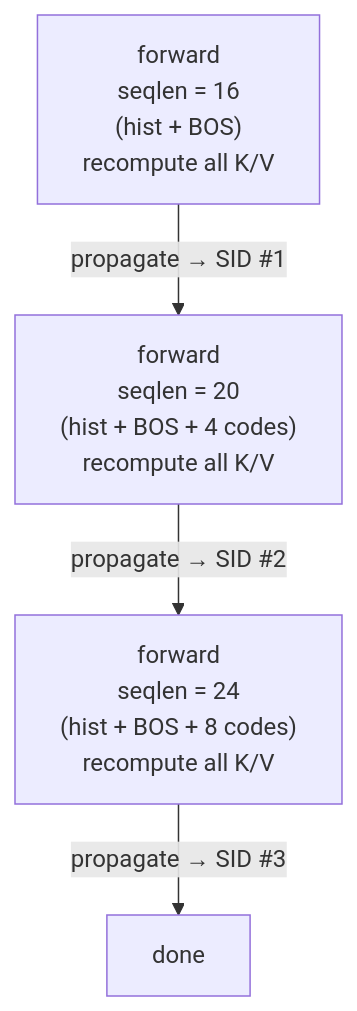
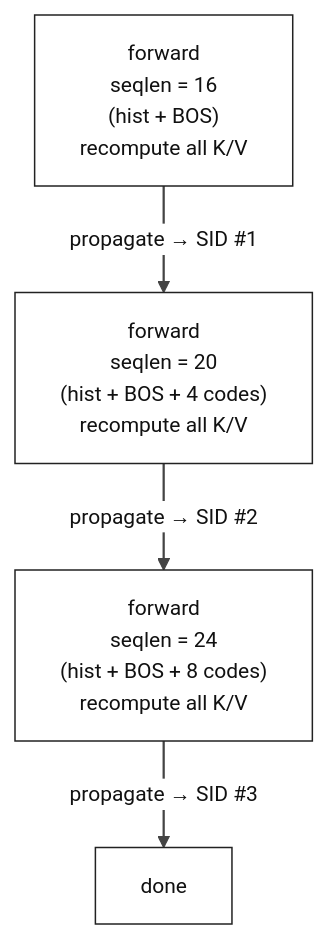
One commit to z52527/recsys-examples changed the second of 3 diagrams in examples/sid_gr/README.md. Above: the diagram before and after it, drawn with Mermaid. The commit also changed other lines of this file, not shown here.

Commit message:
docs(sid_gr): apply same theme override to the two-flow comparison mermaid
Both flowchart blocks inside the HTML table now get the same theme
init + linkStyle as the beam-expansion diagram: white node fill,
dark gray border, 1.5 px edges. Visually consistent across the three
diagrams in this section. No structural change.

````diff
--- a/examples/sid_gr/README.md
+++ b/examples/sid_gr/README.md
@@ -180,9 +180,21 @@
 ```mermaid
+%%{init: {
+  'theme': 'base',
+  'themeVariables': {
+    'primaryColor': '#ffffff',
+    'primaryBorderColor': '#222222',
+    'primaryTextColor': '#111111',
+    'lineColor': '#555555',
+    'fontSize': '14px'
+  }
+}}%%
 flowchart TB
     N0["forward<br/>seqlen = 16<br/>(hist + BOS)<br/>recompute all K/V"]
     N1["forward<br/>seqlen = 20<br/>(hist + BOS + 4 codes)<br/>recompute all K/V"]
     N2["forward<br/>seqlen = 24<br/>(hist + BOS + 8 codes)<br/>recompute all K/V"]
     N0 -- "propagate → SID #1" --> N1
     N1 -- "propagate → SID #2" --> N2
     N2 -- "propagate → SID #3" --> Ne["done"]
+
+    linkStyle default stroke:#444,stroke-width:1.5px;
 ```
````
